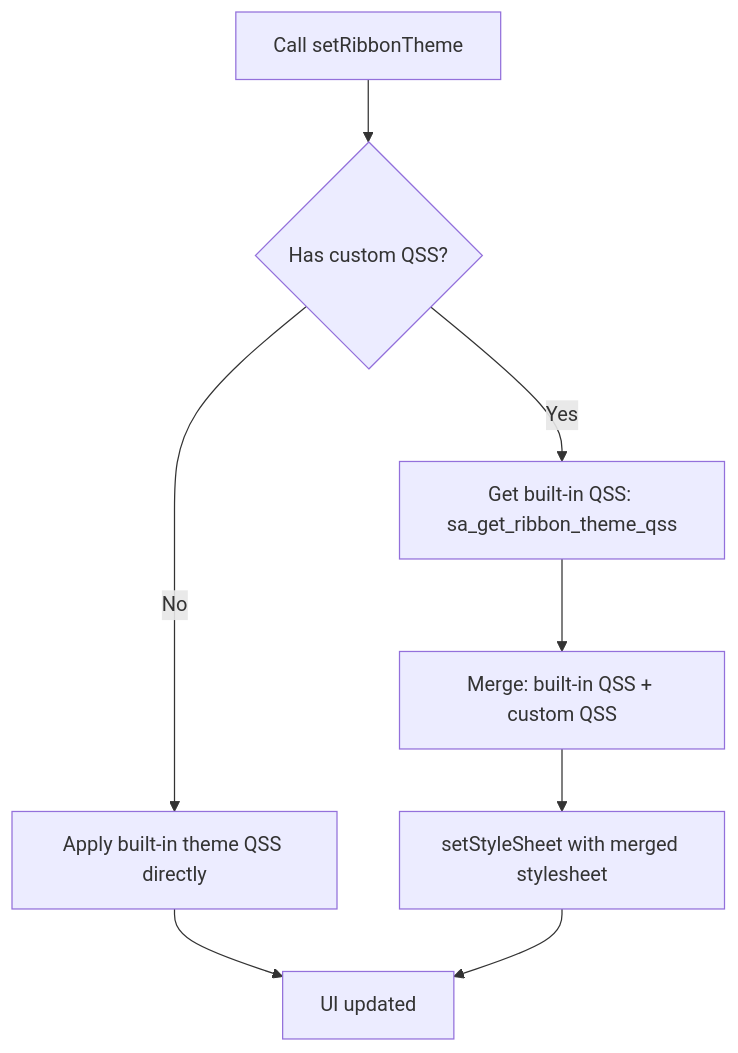
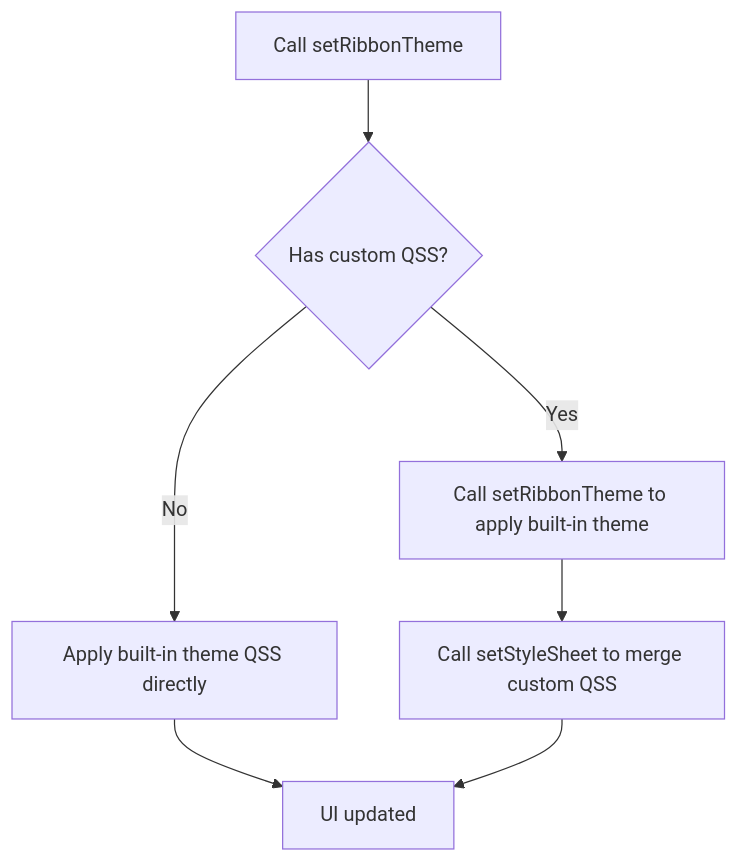
The diagram in docs/en/use-guide/SARibbon-theme.md (czyt1988/SARibbon), drawn with Mermaid before and after one commit. The commit also changed other lines of this file and 172 other files, not shown here.

````diff
--- a/docs/en/use-guide/SARibbon-theme.md
+++ b/docs/en/use-guide/SARibbon-theme.md
@@ -10,10 +10,9 @@
 ```mermaid
 flowchart TD
     A[Call setRibbonTheme] --> B{Has custom QSS?}
     B -->|No| C[Apply built-in theme QSS directly]
-    B -->|Yes| D[Get built-in QSS: sa_get_ribbon_theme_qss]
-    D --> E[Merge: built-in QSS + custom QSS]
-    E --> F[setStyleSheet with merged stylesheet]
+    B -->|Yes| D[Call setRibbonTheme to apply built-in theme]
+    D --> E[Call setStyleSheet to merge custom QSS]
     C --> G[UI updated]
-    F --> G
+    E --> G
 ```
````
